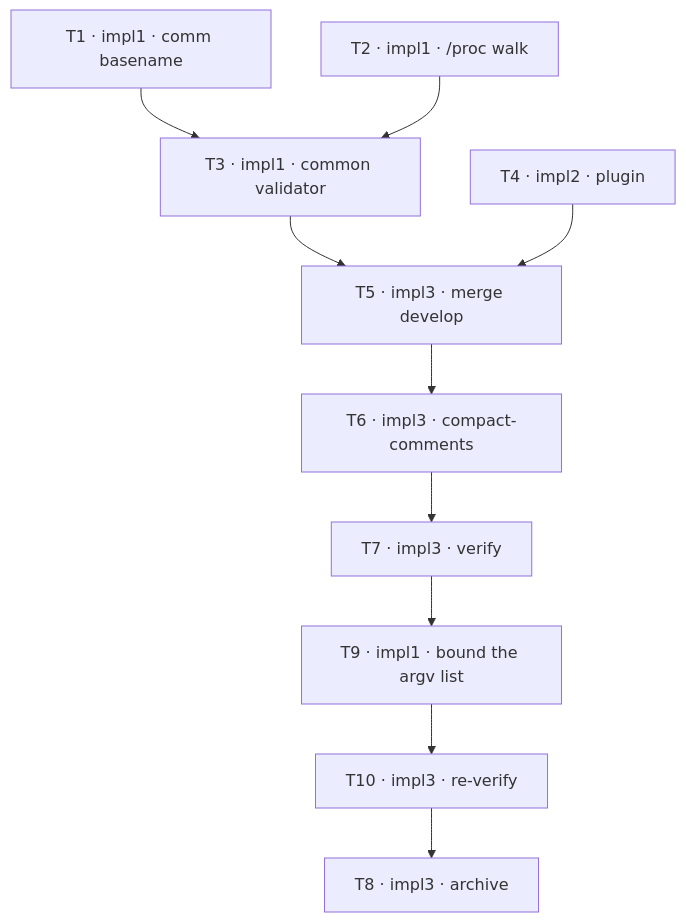
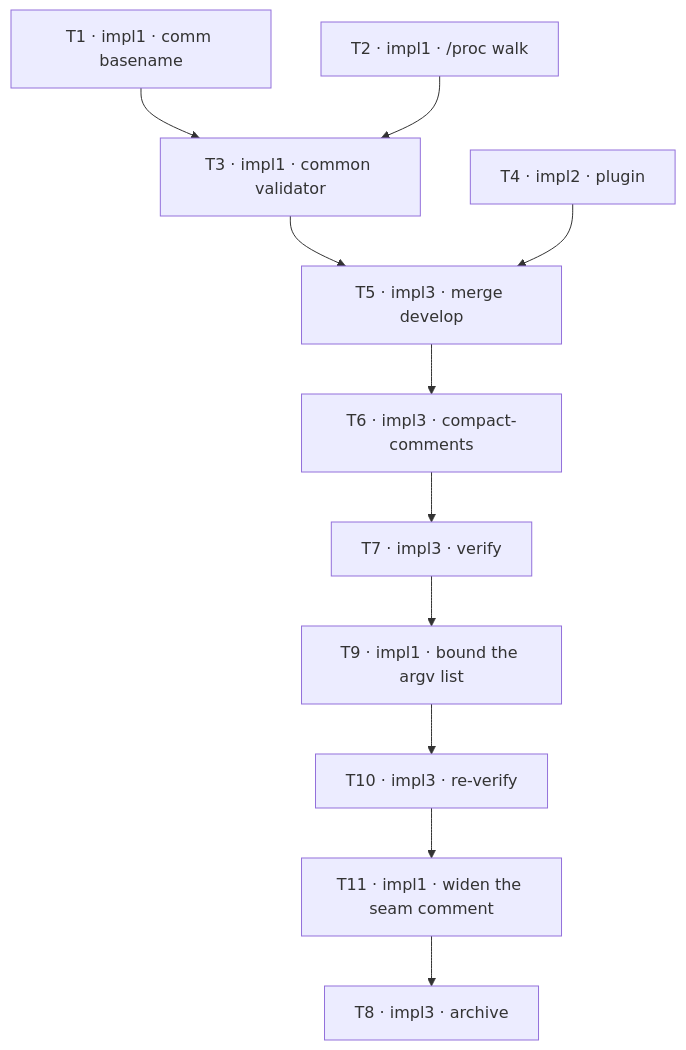
The diagram in CLAUDE_TODO-nonblocking-attach-scan.md (treekmk/zellaude), drawn with Mermaid before and after one commit. The commit also changed other lines of this file and 1 other file, not shown here.

First line of the commit message:
[revise] Add T11 for the seam comment; correct the chunking thresholds

````diff
--- a/CLAUDE_TODO-nonblocking-attach-scan.md
+++ b/CLAUDE_TODO-nonblocking-attach-scan.md
@@ -35,12 +36,13 @@
 ```mermaid
 graph TD
   T1[T1 · impl1 · comm basename] --> T3[T3 · impl1 · common validator]
   T2[T2 · impl1 · /proc walk] --> T3
   T3 --> T5[T5 · impl3 · merge develop]
   T4[T4 · impl2 · plugin] --> T5
   T5 --> T6[T6 · impl3 · compact-comments]
   T6 --> T7[T7 · impl3 · verify]
   T7 --> T9[T9 · impl1 · bound the argv list]
   T9 --> T10[T10 · impl3 · re-verify]
-  T10 --> T8[T8 · impl3 · archive]
+  T10 --> T11[T11 · impl1 · widen the seam comment]
+  T11 --> T8[T8 · impl3 · archive]
 ```
````
